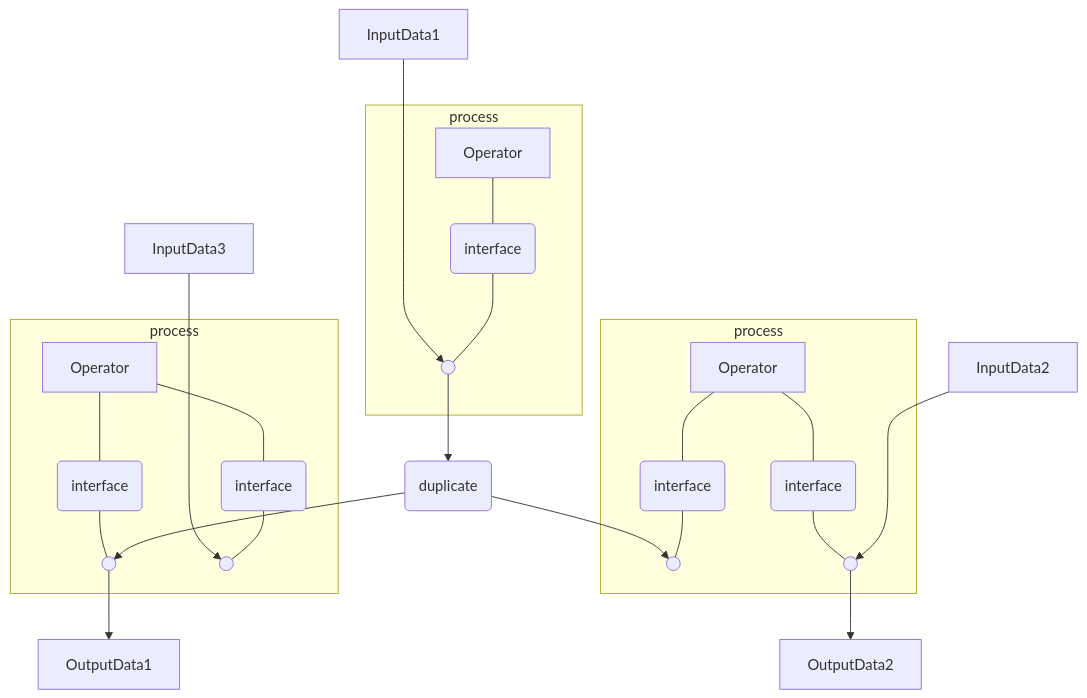
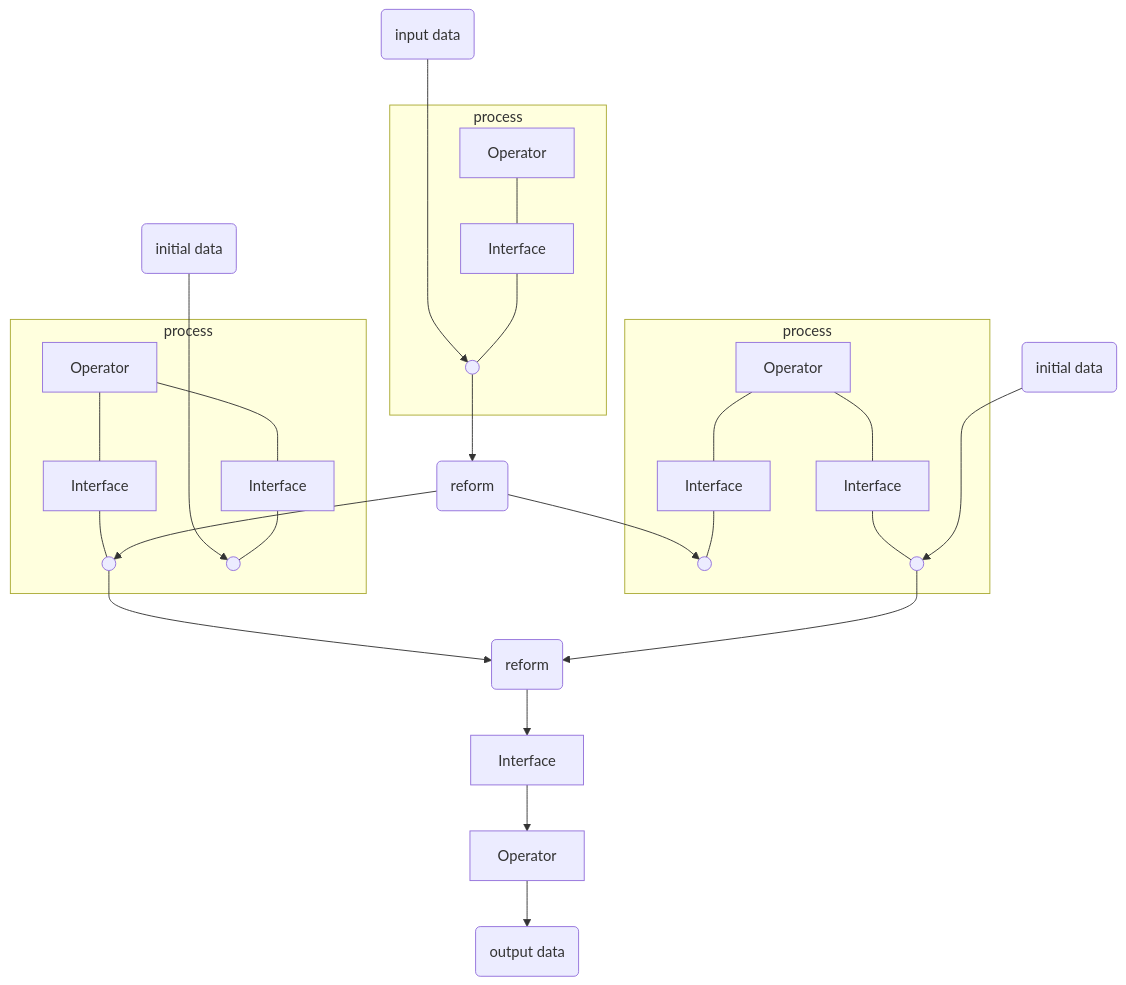
Before and after one commit to windwhiterain/Elf: the second of 16 diagrams in readme.md, drawn with Mermaid. The commit also changed other lines of this file and 2 other files, not shown here.

````diff
--- a/readme.md
+++ b/readme.md
@@ -45,20 +66,20 @@
 ```mermaid
 graph TB
-    A[InputData1]---->J(( ))-->F(duplicate)
-    B(( ))-->M[OutputData1]
+    A(input data)---->J(( ))-->F(reform)
+    B(( ))-->rf
     F-->G(( ))
-    Q[InputData3]---->R(( ))
+    Q(initial data)---->R(( ))
     subgraph g1[process]
-        D[Operator]---E(interface)---B
-        D[Operator]---S(interface)---R
+        D[Operator]---E[Interface]---B
+        D[Operator]---S[Interface]---R
     end
     F-->B
     subgraph g2[process]
-        H[Operator]---T(interface)---O
-        H[Operator]---I(interface)---G
+        H[Operator]---T[Interface]---O
+        H[Operator]---I[Interface]---G
     end
-    N[InputData2]--->O(( ))-->P[OutputData2]
+    N(initial data)--->O(( ))-->rf(reform)-->M[Interface]-->op[Operator]-->P(output data)
     subgraph g3[process]
-        K[Operator]---L(interface)---J
+        K[Operator]---L[Interface]---J
     end
 ```
````
